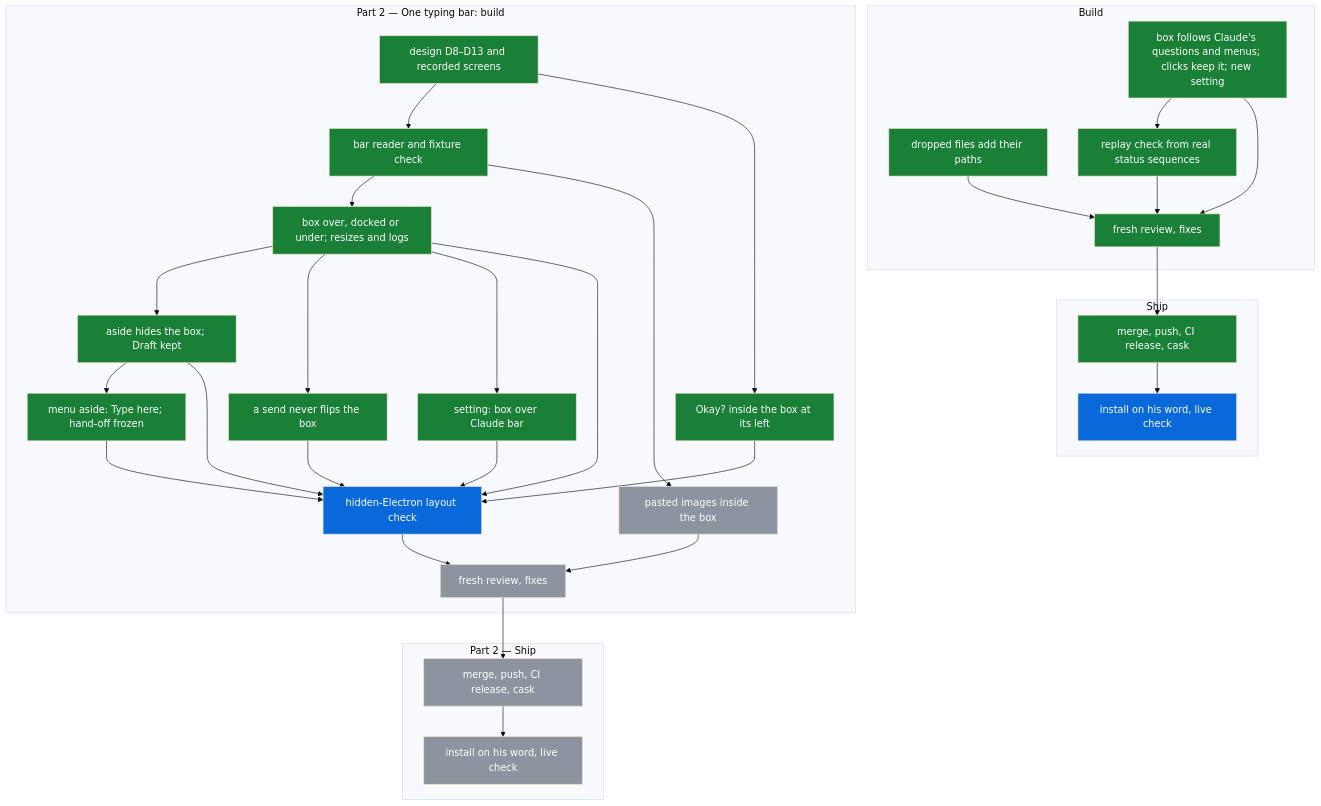
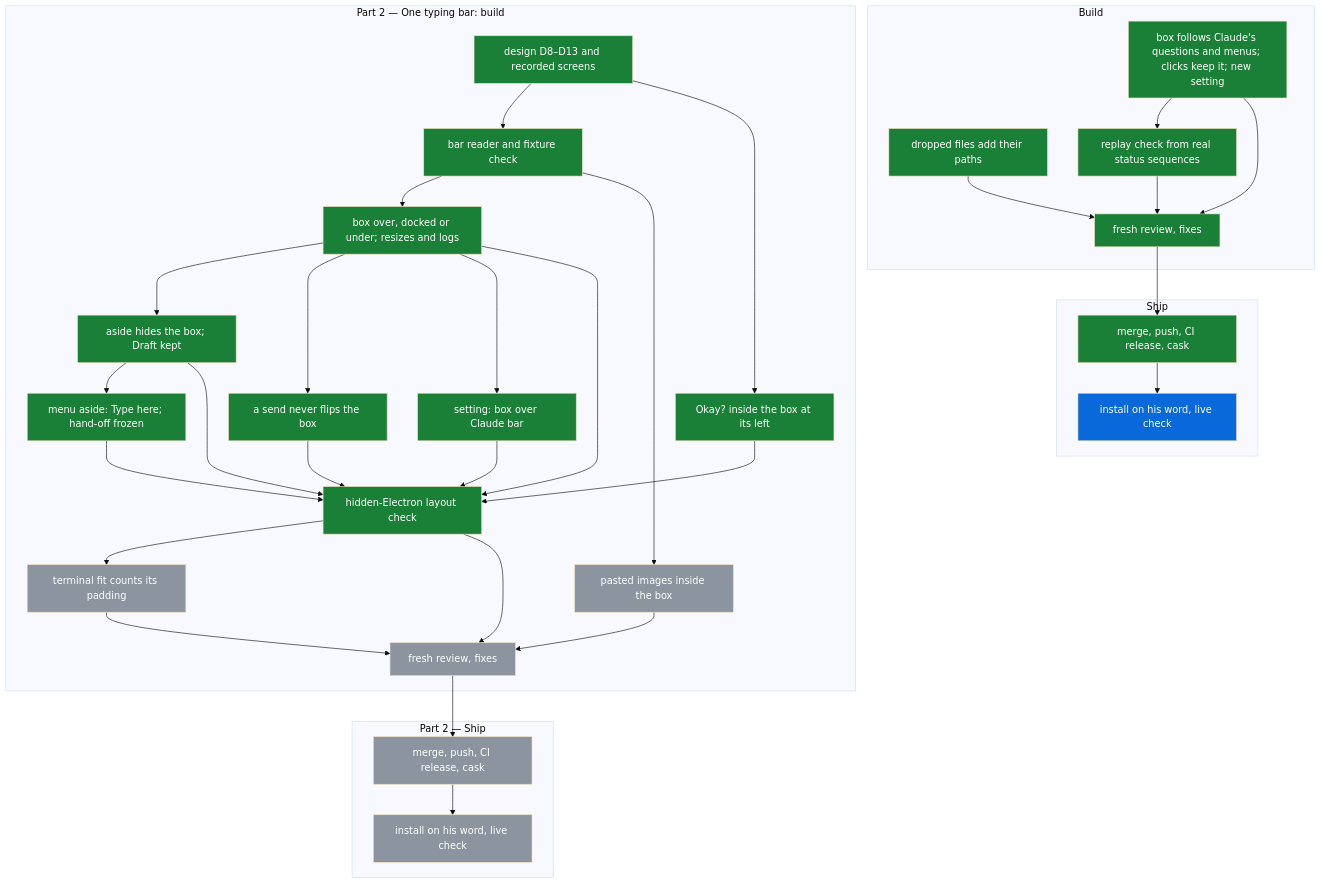
One commit to michaeljryoung/patton changed the diagram in docs/compose-box.md. Above: the diagram before and after it, drawn with Mermaid (base theme). The commit also changed other lines of this file, not shown here.

Commit message:
Compose box map: layout check done, fit padding found (S58)

````diff
--- a/docs/compose-box.md
+++ b/docs/compose-box.md
@@ -11,60 +11,63 @@
 ```mermaid
 flowchart TD
   subgraph B["Build"]
     box_core[box follows Claude's questions and menus; clicks keep it; new setting]:::done
     box_drop[dropped files add their paths]:::done
     box_replay[replay check from real status sequences]:::done
     box_review[fresh review, fixes]:::done
   end
   subgraph S["Ship"]
     box_release[merge, push, CI release, cask]:::done
     box_ship[install on his word, live check]:::live
   end
   subgraph O["Part 2 — One typing bar: build"]
     bar_design[design D8–D13 and recorded screens]:::done
     bar_reader[bar reader and fixture check]:::done
     bar_placement[box over, docked or under; resizes and logs]:::done
     send_no_flip[a send never flips the box]:::done
     bar_aside[aside hides the box; Draft kept]:::done
     aside_fixes[menu aside: Type here; hand-off frozen]:::done
     okay_in_box[Okay? inside the box at its left]:::done
     over_setting[setting: box over Claude bar]:::done
-    bar_layout_check[hidden-Electron layout check]:::live
+    bar_layout_check[hidden-Electron layout check]:::done
+    fit_padding[terminal fit counts its padding]:::todo
     images_in_box[pasted images inside the box]:::todo
     bar_review[fresh review, fixes]:::todo
   end
   subgraph OS["Part 2 — Ship"]
     bar_release[merge, push, CI release, cask]:::todo
     bar_ship[install on his word, live check]:::todo
   end
   box_core --> box_replay
   box_core --> box_review
   box_drop --> box_review
   box_replay --> box_review
   box_review --> box_release
   box_release --> box_ship
   bar_design --> bar_reader
   bar_reader --> bar_placement
   bar_placement --> bar_aside
   bar_aside --> aside_fixes
   aside_fixes --> bar_layout_check
   bar_placement --> send_no_flip
   send_no_flip --> bar_layout_check
   bar_design --> okay_in_box
   bar_placement --> over_setting
   bar_placement --> bar_layout_check
   bar_aside --> bar_layout_check
   okay_in_box --> bar_layout_check
   over_setting --> bar_layout_check
+  bar_layout_check --> fit_padding
+  fit_padding --> bar_review
   bar_layout_check --> bar_review
   bar_reader --> images_in_box
   images_in_box --> bar_review
   bar_review --> bar_release
   bar_release --> bar_ship
   classDef done fill:#1a7f37,color:#fff
   classDef live fill:#0969da,color:#fff
   classDef todo fill:#8c959f,color:#fff
   classDef blocked fill:#cf222e,color:#fff
   classDef dropped fill:#eaeef2,color:#57606a
   classDef superseded fill:#eaeef2,color:#57606a
 ```
````
